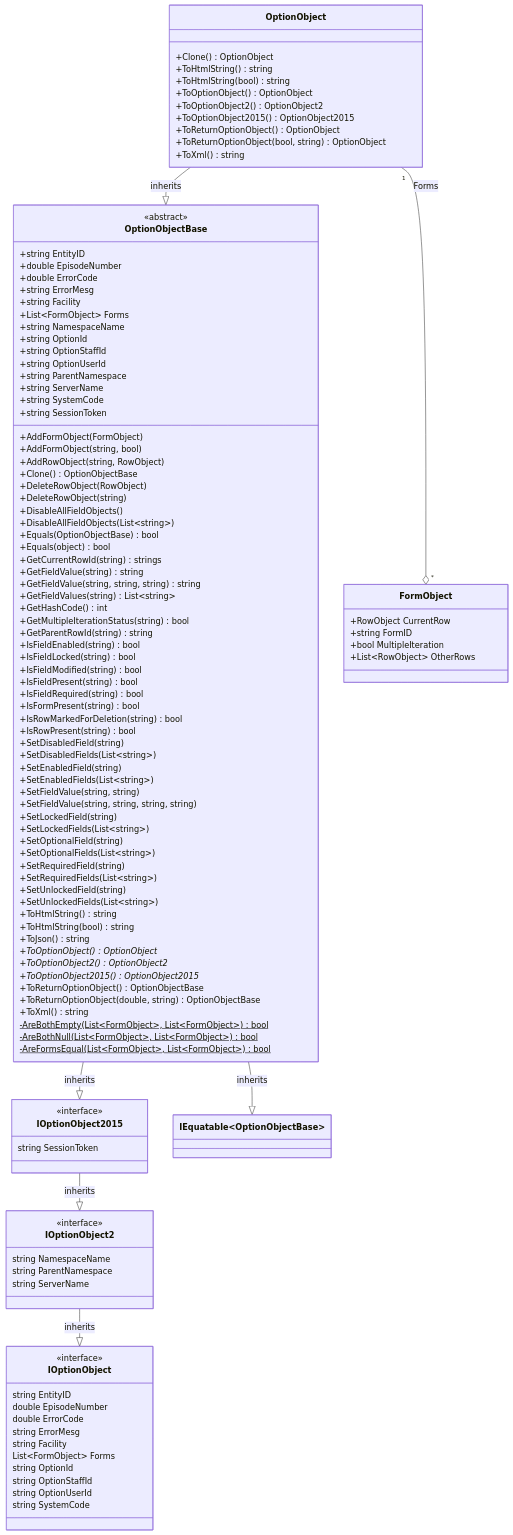
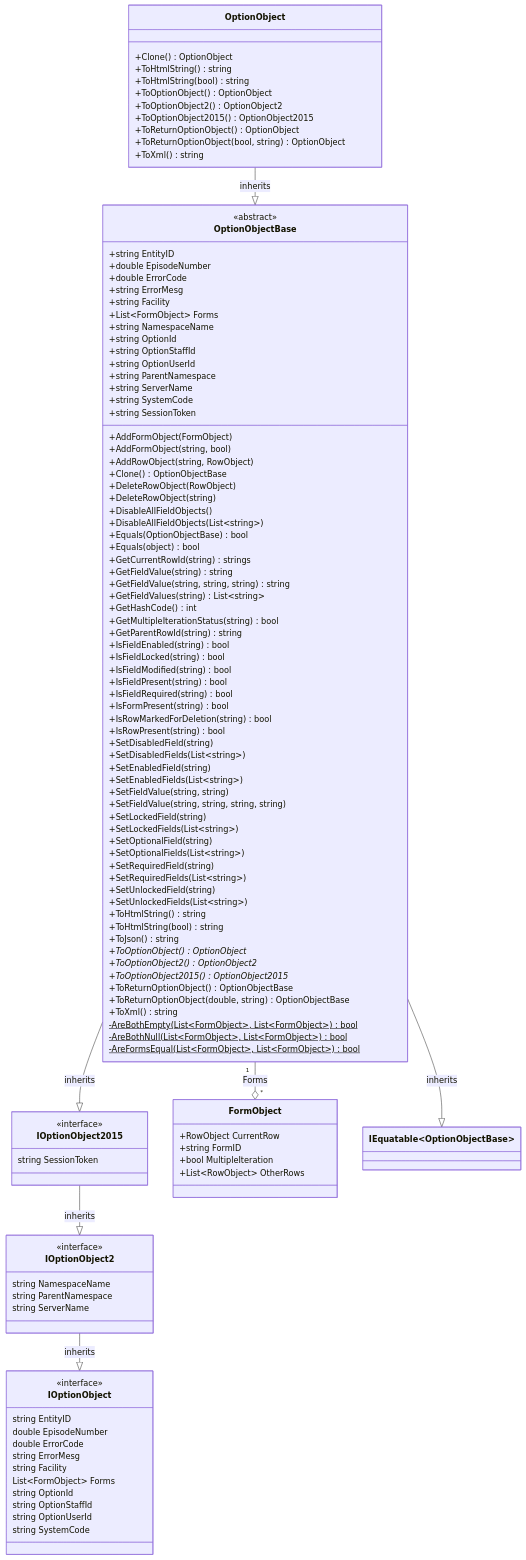
One commit to rarelysimple/RarelySimple.AvatarScriptLink changed the second of 2 diagrams in docs/docs/dotnet/data-model/optionobject.mdx. Above: the diagram before and after it, drawn with Mermaid. The commit also changed 5 other files, not shown here.

Commit message:
add formobject diagrams

```diff
--- a/docs/docs/dotnet/data-model/optionobject.mdx
+++ b/docs/docs/dotnet/data-model/optionobject.mdx
@@ -182,106 +182,109 @@
     +ToXml() string
 }
 
-class OptionObjectBase
+class OptionObjectBase {
+    +string EntityID
+    +double EpisodeNumber
+    +double ErrorCode
+    +string ErrorMesg
+    +string Facility
+    +List~FormObject~ Forms
+    +string NamespaceName
+    +string OptionId
+    +string OptionStaffId
+    +string OptionUserId
+    +string ParentNamespace
+    +string ServerName
+    +string SystemCode
+    +string SessionToken
+    +AddFormObject(FormObject)
+    +AddFormObject(string, bool)
+    +AddRowObject(string, RowObject)
+    +Clone() OptionObjectBase
+    +DeleteRowObject(RowObject)
+    +DeleteRowObject(string)
+    +DisableAllFieldObjects()
+    +DisableAllFieldObjects(List~string~)
+    +Equals(OptionObjectBase) bool
+    +Equals(object) bool
+    +GetCurrentRowId(string) strings
+    +GetFieldValue(string) string
+    +GetFieldValue(string, string, string) string
+    +GetFieldValues(string) List~string~
+    +GetHashCode() int
+    +GetMultipleIterationStatus(string) bool
+    +GetParentRowId(string) string
+    +IsFieldEnabled(string) bool
+    +IsFieldLocked(string) bool
+    +IsFieldModified(string) bool
+    +IsFieldPresent(string) bool
+    +IsFieldRequired(string) bool
+    +IsFormPresent(string) bool
+    +IsRowMarkedForDeletion(string) bool
+    +IsRowPresent(string) bool
+    +SetDisabledField(string)
+    +SetDisabledFields(List~string~)
+    +SetEnabledField(string)
+    +SetEnabledFields(List~string~)
+    +SetFieldValue(string, string)
+    +SetFieldValue(string, string, string, string)
+    +SetLockedField(string)
+    +SetLockedFields(List~string~)
+    +SetOptionalField(string)
+    +SetOptionalFields(List~string~)
+    +SetRequiredField(string)
+    +SetRequiredFields(List~string~)
+    +SetUnlockedField(string)
+    +SetUnlockedFields(List~string~)
+    +ToHtmlString() string
+    +ToHtmlString(bool) string
+    +ToJson() string
+    +ToOptionObject()* OptionObject
+    +ToOptionObject2()* OptionObject2
+    +ToOptionObject2015()* OptionObject2015
+    +ToReturnOptionObject() OptionObjectBase
+    +ToReturnOptionObject(double, string) OptionObjectBase
+    +ToXml() string
+    -AreBothEmpty(List~FormObject~, List~FormObject~)$ bool
+    -AreBothNull(List~FormObject~, List~FormObject~)$ bool
+    -AreFormsEqual(List~FormObject~, List~FormObject~)$ bool
+}
 <<abstract>> OptionObjectBase
-OptionObjectBase : +string EntityID
-OptionObjectBase : +double EpisodeNumber
-OptionObjectBase : +double ErrorCode
-OptionObjectBase : +string ErrorMesg
-OptionObjectBase : +string Facility
-OptionObjectBase : +List~FormObject~ Forms
-OptionObjectBase : +string NamespaceName
-OptionObjectBase : +string OptionId
-OptionObjectBase : +string OptionStaffId
-OptionObjectBase : +string OptionUserId
-OptionObjectBase : +string ParentNamespace
-OptionObjectBase : +string ServerName
-OptionObjectBase : +string SystemCode
-OptionObjectBase : +string SessionToken
-OptionObjectBase : +AddFormObject(FormObject)
-OptionObjectBase : +AddFormObject(string, bool)
-OptionObjectBase : +AddRowObject(string, RowObject)
-OptionObjectBase : +Clone() OptionObjectBase
-OptionObjectBase : +DeleteRowObject(RowObject)
-OptionObjectBase : +DeleteRowObject(string)
-OptionObjectBase : +DisableAllFieldObjects()
-OptionObjectBase : +DisableAllFieldObjects(List~string~)
-OptionObjectBase : +Equals(OptionObjectBase) bool
-OptionObjectBase : +Equals(object) bool
-OptionObjectBase : +GetCurrentRowId(string) strings
-OptionObjectBase : +GetFieldValue(string) string
-OptionObjectBase : +GetFieldValue(string, string, string) string
-OptionObjectBase : +GetFieldValues(string) List~string~
-OptionObjectBase : +GetHashCode() int
-OptionObjectBase : +GetMultipleIterationStatus(string) bool
-OptionObjectBase : +GetParentRowId(string) string
-OptionObjectBase : +IsFieldEnabled(string) bool
-OptionObjectBase : +IsFieldLocked(string) bool
-OptionObjectBase : +IsFieldModified(string) bool
-OptionObjectBase : +IsFieldPresent(string) bool
-OptionObjectBase : +IsFieldRequired(string) bool
-OptionObjectBase : +IsFormPresent(string) bool
-OptionObjectBase : +IsRowMarkedForDeletion(string) bool
-OptionObjectBase : +IsRowPresent(string) bool
-OptionObjectBase : +SetDisabledField(string)
-OptionObjectBase : +SetDisabledFields(List~string~)
-OptionObjectBase : +SetEnabledField(string)
-OptionObjectBase : +SetEnabledFields(List~string~)
-OptionObjectBase : +SetFieldValue(string, string)
-OptionObjectBase : +SetFieldValue(string, string, string, string)
-OptionObjectBase : +SetLockedField(string)
-OptionObjectBase : +SetLockedFields(List~string~)
-OptionObjectBase : +SetOptionalField(string)
-OptionObjectBase : +SetOptionalFields(List~string~)
-OptionObjectBase : +SetRequiredField(string)
-OptionObjectBase : +SetRequiredFields(List~string~)
-OptionObjectBase : +SetUnlockedField(string)
-OptionObjectBase : +SetUnlockedFields(List~string~)
-OptionObjectBase : +ToHtmlString() string
-OptionObjectBase : +ToHtmlString(bool) string
-OptionObjectBase : +ToJson() string
-OptionObjectBase : +ToOptionObject()* OptionObject
-OptionObjectBase : +ToOptionObject2()* OptionObject2
-OptionObjectBase : +ToOptionObject2015()* OptionObject2015
-OptionObjectBase : +ToReturnOptionObject() OptionObjectBase
-OptionObjectBase : +ToReturnOptionObject(double, string) OptionObjectBase
-OptionObjectBase : +ToXml() string
-OptionObjectBase : -AreBothEmpty(List~FormObject~, List~FormObject~)$ bool
-OptionObjectBase : -AreBothNull(List~FormObject~, List~FormObject~)$ bool
-OptionObjectBase : -AreFormsEqual(List~FormObject~, List~FormObject~)$ bool
 
-class IOptionObject2015
+class IOptionObject2015 {
+    string SessionToken
+}
 <<interface>> IOptionObject2015
-IOptionObject2015 : string SessionToken
 
-class IOptionObject2
+class IOptionObject2 {
+    string NamespaceName
+    string ParentNamespace
+    string ServerName
+}
 <<interface>> IOptionObject2
-IOptionObject2 : string NamespaceName
-IOptionObject2 : string ParentNamespace
-IOptionObject2 : string ServerName
 
+class IOptionObject {
+    string EntityID
+    double EpisodeNumber
+    double ErrorCode
+    string ErrorMesg
+    string Facility
+    List~FormObject~ Forms
+    string OptionId
+    string OptionStaffId
+    string OptionUserId
+    string SystemCode
+}
+<<interface>> IOptionObject
 
-class IOptionObject
-<<interface>> IOptionObject
-IOptionObject : string EntityID
-IOptionObject : double EpisodeNumber
-IOptionObject : double ErrorCode
-IOptionObject : string ErrorMesg
-IOptionObject : string Facility
-IOptionObject : List~FormObject~ Forms
-IOptionObject : string OptionId
-IOptionObject : string OptionStaffId
-IOptionObject : string OptionUserId
-IOptionObject : string SystemCode
-
-class FormObject{
+class FormObject {
     +RowObject CurrentRow
     +string FormID
     +bool MultipleIteration
     +List~RowObject~ OtherRows
 }
 
-OptionObject "1" --o "*" FormObject : Forms
+OptionObjectBase "1" --o "*" FormObject : Forms
 
 OptionObject --|> OptionObjectBase : inherits
 OptionObjectBase --|> IEquatable~OptionObjectBase~ : inherits
```
